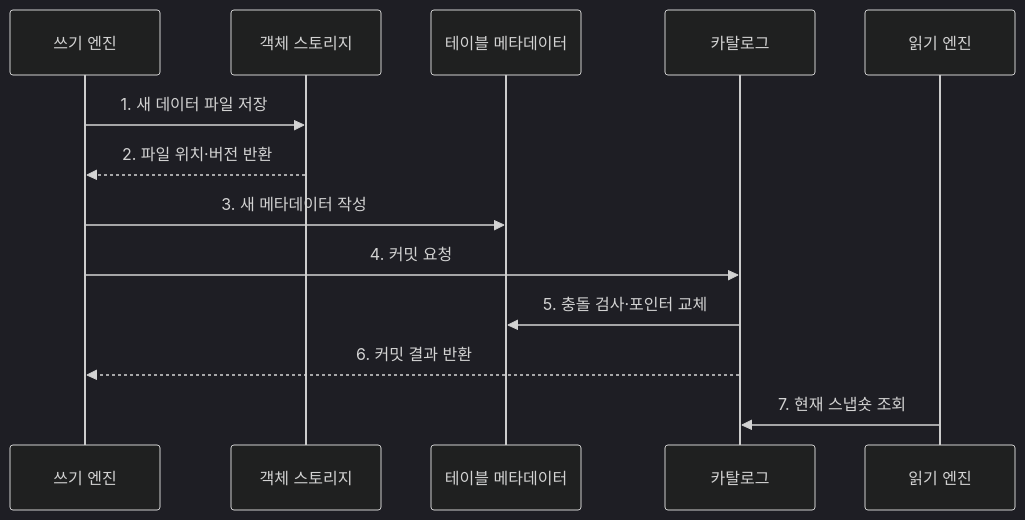
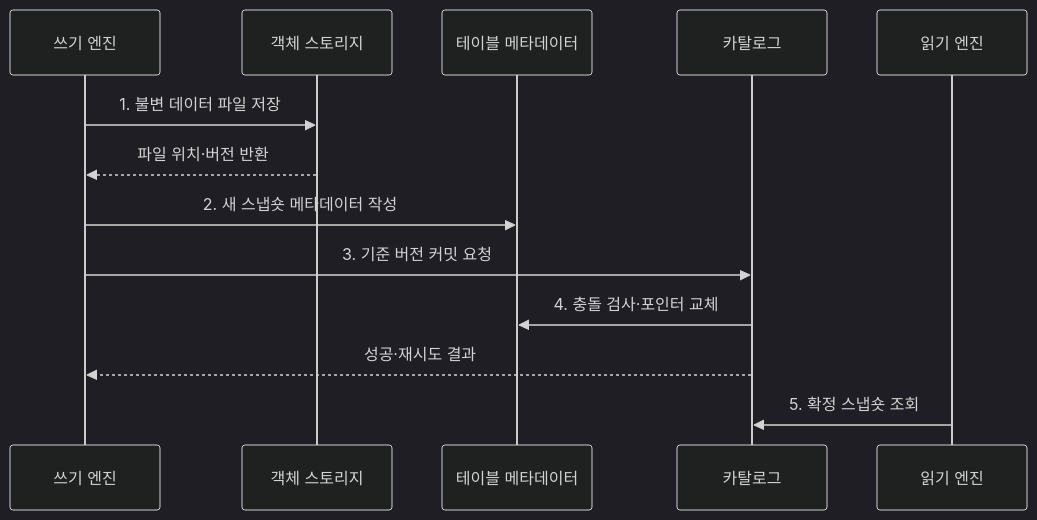
One commit to agnusdei1207/knowledge-base changed the second of 2 diagrams in src/content/docs/notes/03-software/126_data_lakehouse.md. Above: the diagram before and after it, drawn with Mermaid (dark theme). The commit also changed other lines of this file and 238 other files, not shown here.

````diff
--- a/src/content/docs/notes/03-software/126_data_lakehouse.md
+++ b/src/content/docs/notes/03-software/126_data_lakehouse.md
@@ -83,15 +83,15 @@
 ```mermaid
 sequenceDiagram
     participant W as 쓰기 엔진
     participant O as 객체 스토리지
     participant M as 테이블 메타데이터
     participant C as 카탈로그
     participant R as 읽기 엔진
-    W->>O: 1. 새 데이터 파일 저장
-    O-->>W: 2. 파일 위치·버전 반환
-    W->>M: 3. 새 메타데이터 작성
-    W->>C: 4. 커밋 요청
-    C->>M: 5. 충돌 검사·포인터 교체
-    C-->>W: 6. 커밋 결과 반환
-    R->>C: 7. 현재 스냅숏 조회
+    W->>O: 1. 불변 데이터 파일 저장
+    O-->>W: 파일 위치·버전 반환
+    W->>M: 2. 새 스냅숏 메타데이터 작성
+    W->>C: 3. 기준 버전 커밋 요청
+    C->>M: 4. 충돌 검사·포인터 교체
+    C-->>W: 성공·재시도 결과
+    R->>C: 5. 확정 스냅숏 조회
 ```
````
